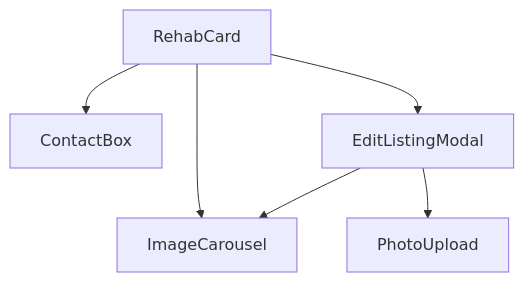
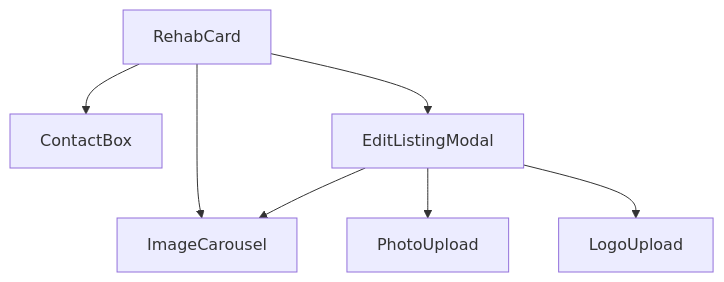
The first of 2 diagrams in docs/COMPONENTS.md (parlakyan/beginrecovery), drawn with Mermaid before and after one commit. The commit also changed other lines of this file and 5 other files, not shown here.

````diff
--- a/docs/COMPONENTS.md
+++ b/docs/COMPONENTS.md
@@ -119,8 +150,9 @@
 ```mermaid
 graph TD
     A[RehabCard] --> B[ImageCarousel]
     A --> C[ContactBox]
     A --> D[EditListingModal]
     D --> B
     D --> E[PhotoUpload]
+    D --> F[LogoUpload]
 ```
````
